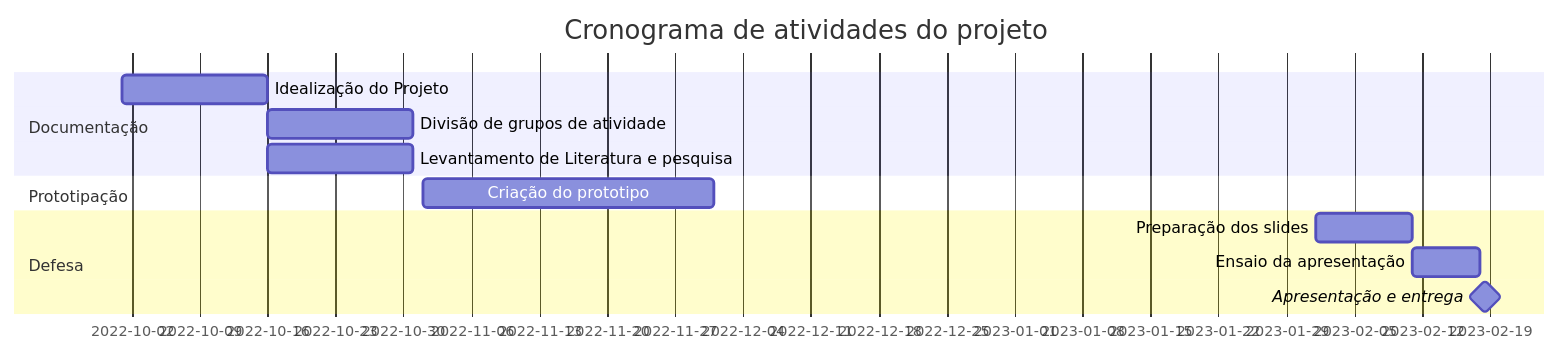
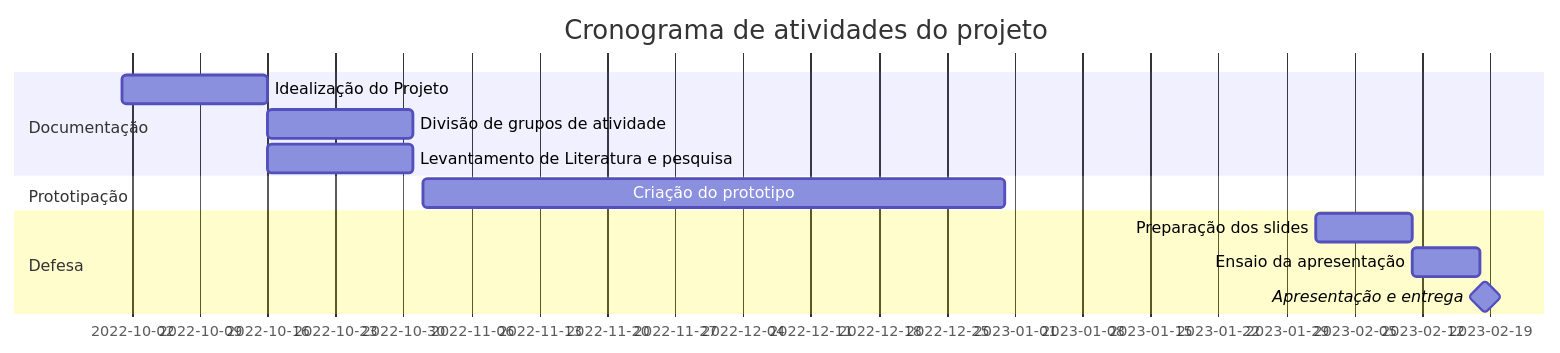
One commit to JVictor1012/projeto-integrador-gantt changed the diagram in README.md. Above: the diagram before and after it, drawn with Mermaid.

````diff
--- a/README.md
+++ b/README.md
@@ -3,19 +3,19 @@
 ```mermaid
     gantt
     title Cronograma de atividades do projeto
     dateFormat  YYYY-MM-DD
     section Documentação 
     Idealização do Projeto      :a1, 2022-10-01, 15d
     Divisão de grupos de atividade   :a2, after a1  , 15d
     Levantamento de Literatura e pesquisa   :a3, after a1  , 15d
     
     
     section Prototipação
-    Criação do prototipo      :b1, 2022-11-01, 30d
+    Criação do prototipo      :b1, 2022-11-01, 60d
   
     
     section Defesa
     Preparação dos slides :p1, 2023-02-01, 10d
     Ensaio da apresentação :p2, after p1, 7d
     Apresentação e entrega  :milestone, after p2, 1d
 ```
````
